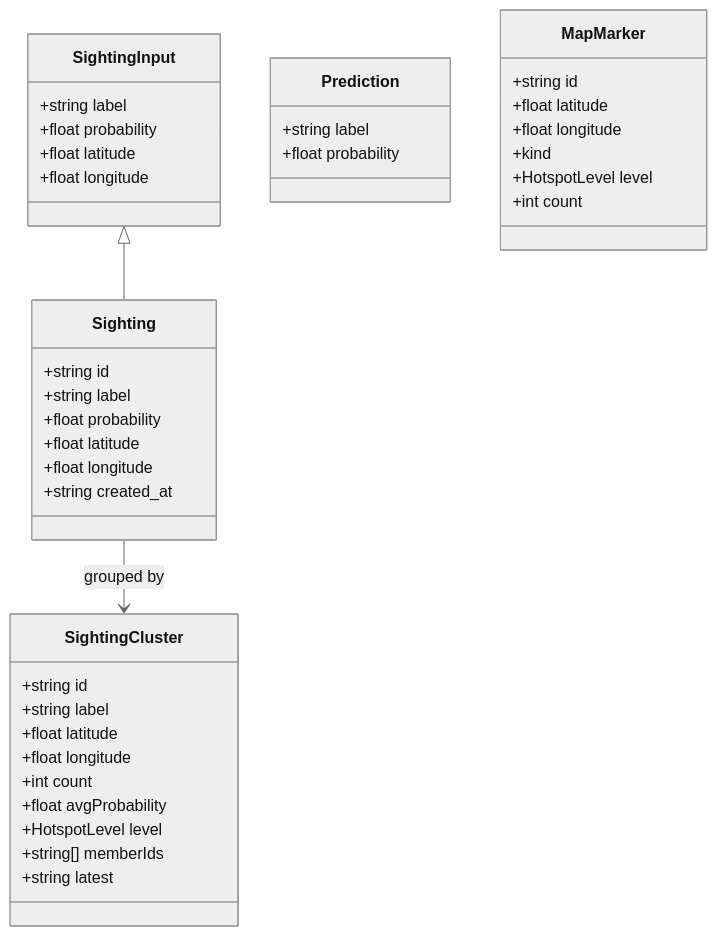
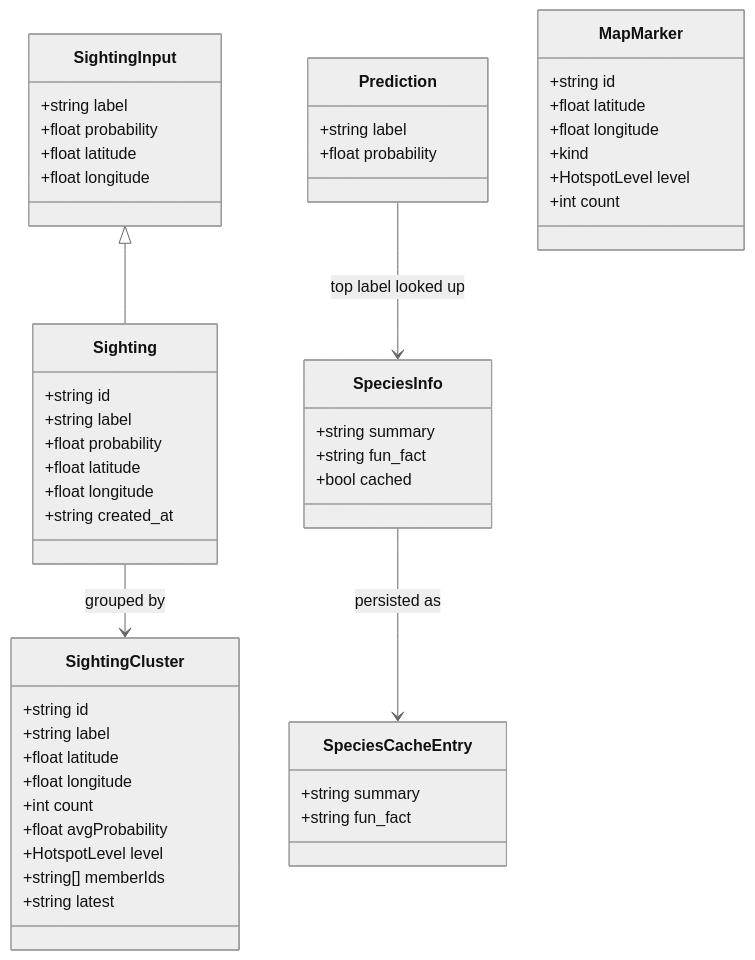
Before and after one commit to janhavinaidu/dl2-project: the third of 9 diagrams in docs/REPORT.md, drawn with Mermaid (neutral theme). The commit also changed other lines of this file and 16 other files, not shown here.

````diff
--- a/docs/REPORT.md
+++ b/docs/REPORT.md
@@ -266,42 +305,53 @@
 ```mermaid
 classDiagram
   class Sighting {
     +string id
     +string label
     +float probability
     +float latitude
     +float longitude
     +string created_at
   }
   class SightingInput {
     +string label
     +float probability
     +float latitude
     +float longitude
   }
   class SightingCluster {
     +string id
     +string label
     +float latitude
     +float longitude
     +int count
     +float avgProbability
     +HotspotLevel level
     +string[] memberIds
     +string latest
   }
   class Prediction {
     +string label
     +float probability
   }
+  class SpeciesInfo {
+    +string summary
+    +string fun_fact
+    +bool cached
+  }
+  class SpeciesCacheEntry {
+    +string summary
+    +string fun_fact
+  }
   class MapMarker {
     +string id
     +float latitude
     +float longitude
     +kind
     +HotspotLevel level
     +int count
   }
   SightingInput <|-- Sighting
   Sighting --> SightingCluster : grouped by
+  Prediction --> SpeciesInfo : top label looked up
+  SpeciesInfo --> SpeciesCacheEntry : persisted as
 ```
````
